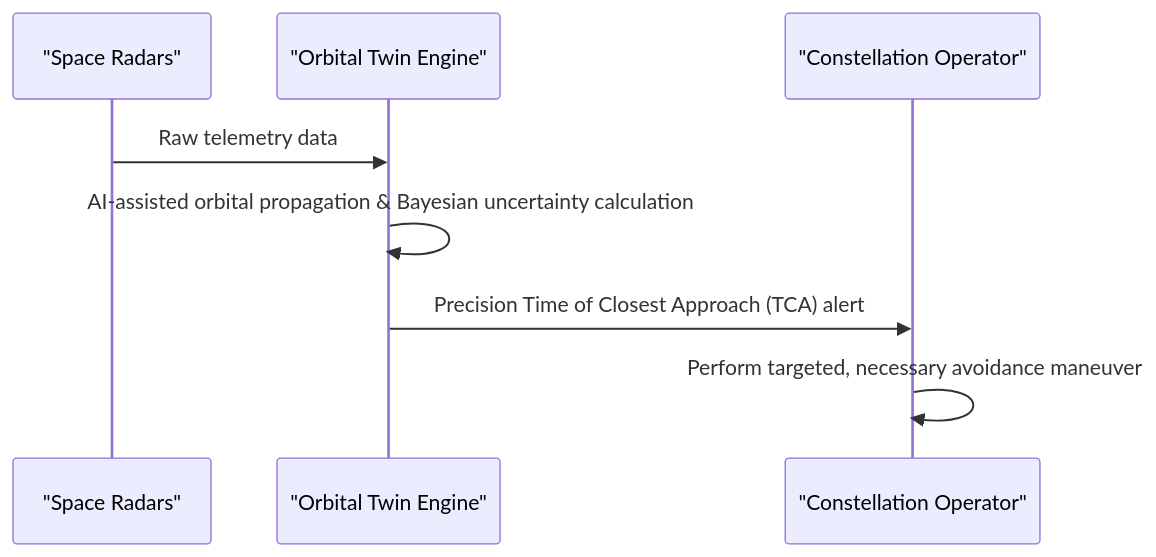
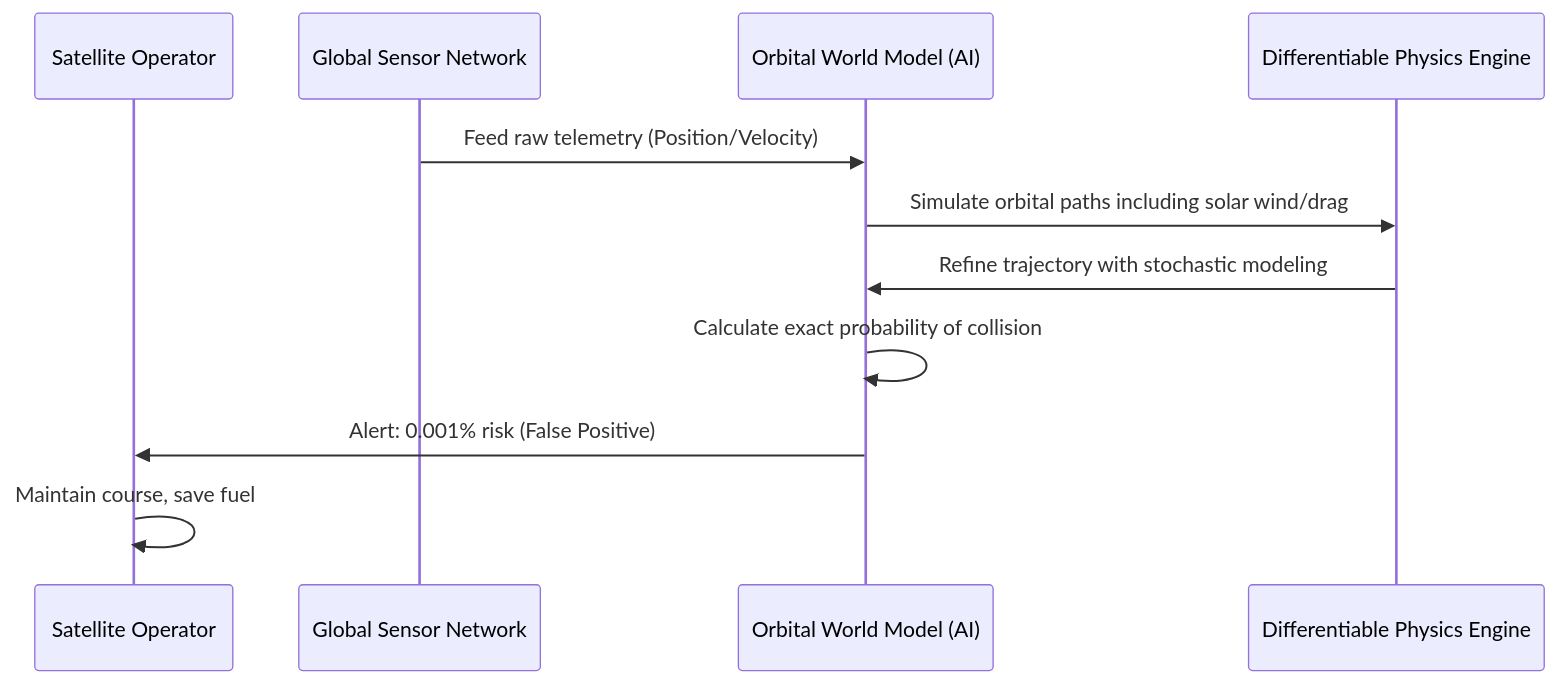
The second of 2 diagrams in archive/space-debris-collision-twin/README.md (flouzzy/top-100-ai-startup-ideas), drawn with Mermaid before and after one commit. The commit also changed other lines of this file and 79 other files, not shown here.

````diff
--- a/archive/space-debris-collision-twin/README.md
+++ b/archive/space-debris-collision-twin/README.md
@@ -39,11 +41,14 @@
 ```mermaid
 sequenceDiagram
-    %% Sequence diagram or system flow
-    participant Radars as "Space Radars"
-    participant Engine as "Orbital Twin Engine"
-    participant Operator as "Constellation Operator"
-    Radars->>Engine: Raw telemetry data
-    Engine->>Engine: AI-assisted orbital propagation & Bayesian uncertainty calculation
-    Engine->>Operator: Precision Time of Closest Approach (TCA) alert
-    Operator->>Operator: Perform targeted, necessary avoidance maneuver
+    participant Operator as Satellite Operator
+    participant Radar as Global Sensor Network
+    participant Twin as Orbital World Model (AI)
+    participant Physics as Differentiable Physics Engine
+
+    Radar->>Twin: Feed raw telemetry (Position/Velocity)
+    Twin->>Physics: Simulate orbital paths including solar wind/drag
+    Physics->>Twin: Refine trajectory with stochastic modeling
+    Twin->>Twin: Calculate exact probability of collision
+    Twin->>Operator: Alert: 0.001% risk (False Positive)
+    Operator->>Operator: Maintain course, save fuel
 ```
````
